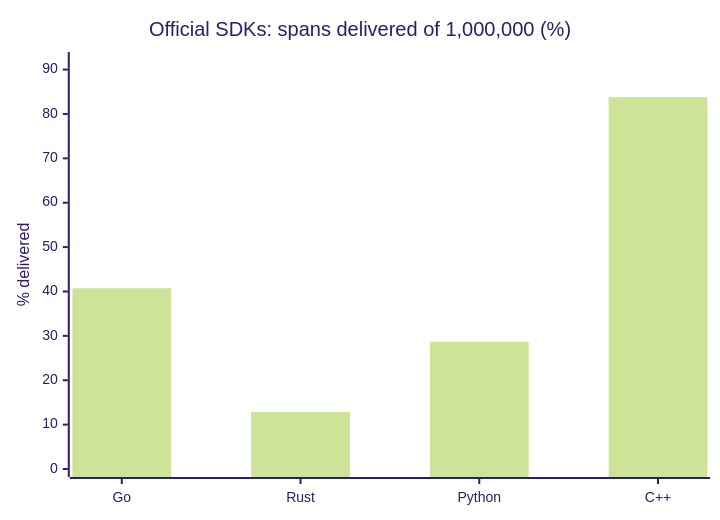
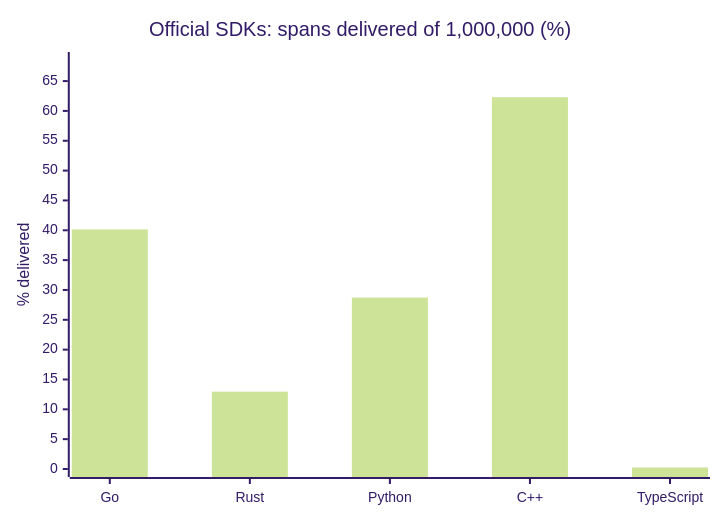
The second of 24 diagrams in docs/benchmark.md (the-protobuf-project/telemetry), drawn with Mermaid (forest theme) before and after one commit. The commit also changed other lines of this file and 4 other files, not shown here.

First line of the commit message:
TypeScript SDK benchmarks, and fix lint on main (#12)

````diff
--- a/docs/benchmark.md
+++ b/docs/benchmark.md
@@ -27,7 +27,7 @@
 ```mermaid
 xychart-beta
     title "Official SDKs: spans delivered of 1,000,000 (%)"
-    x-axis ["Go", "Rust", "Python", "C++"]
-    y-axis "% delivered" 0 --> 92.1545
-    bar [40.7326, 12.8538, 28.672, 83.7768]
+    x-axis ["Go", "Rust", "Python", "C++", "TypeScript"]
+    y-axis "% delivered" 0 --> 68.5329
+    bar [40.1408, 12.9558, 28.7232, 62.3026, 0.256]
 ```
````
